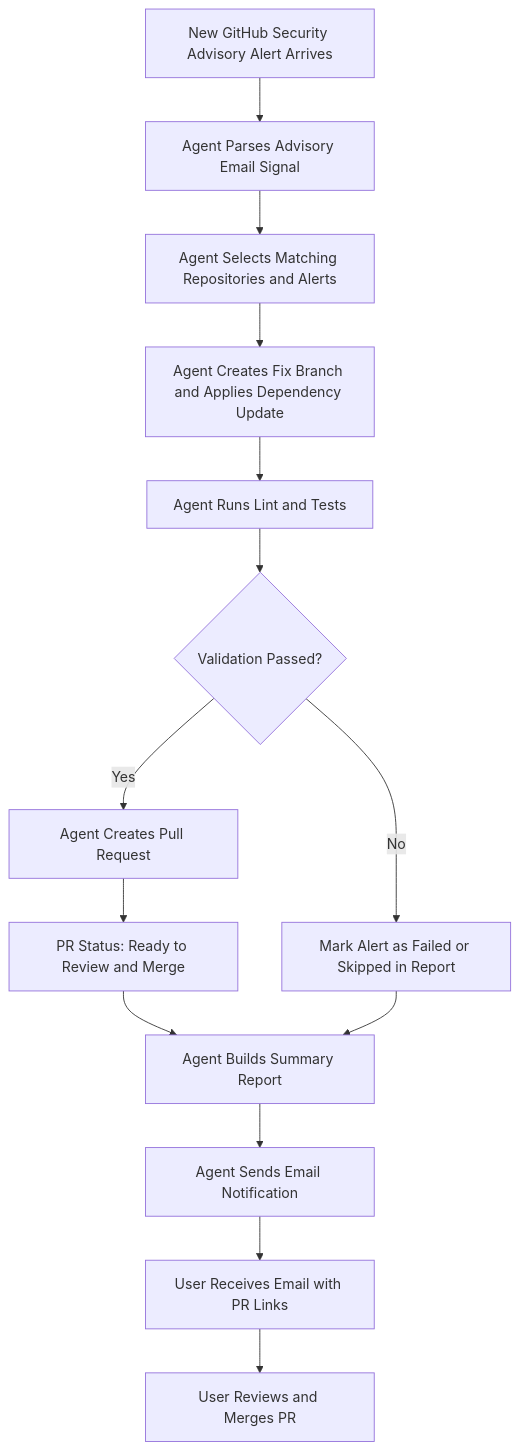
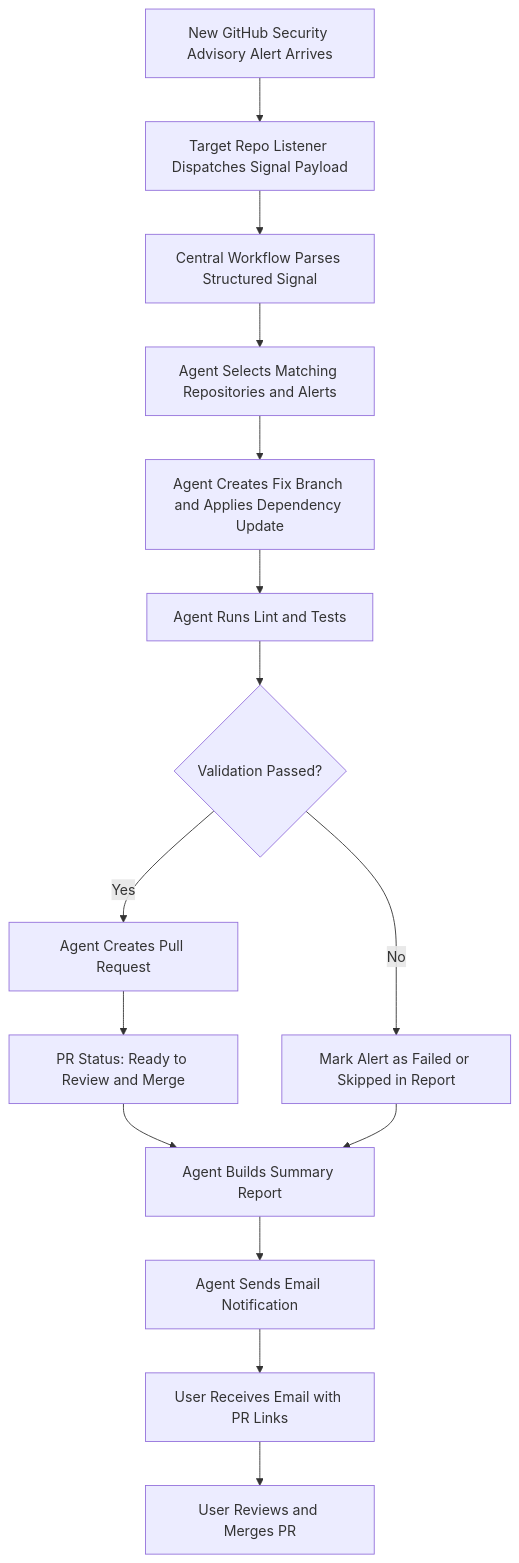
The first of 3 diagrams in .github/docs/ARCHITECTURE.md (reyesrico/github-vuln-pr-agent), drawn with Mermaid before and after one commit. The commit also changed other lines of this file and 13 other files, not shown here.

Commit message:
feat: add per-repo vulnerability listener dispatch flow

````diff
--- a/.github/docs/ARCHITECTURE.md
+++ b/.github/docs/ARCHITECTURE.md
@@ -42,16 +44,17 @@
 ```mermaid
 flowchart TD
-	A[New GitHub Security Advisory Alert Arrives] --> B[Agent Parses Advisory Email Signal]
-	B --> C[Agent Selects Matching Repositories and Alerts]
-	C --> D[Agent Creates Fix Branch and Applies Dependency Update]
-	D --> E[Agent Runs Lint and Tests]
-	E --> F{Validation Passed?}
-	F -- No --> G[Mark Alert as Failed or Skipped in Report]
-	F -- Yes --> H[Agent Creates Pull Request]
-	H --> I[PR Status: Ready to Review and Merge]
-	I --> J[Agent Builds Summary Report]
-	G --> J
-	J --> K[Agent Sends Email Notification]
-	K --> L[User Receives Email with PR Links]
-	L --> M[User Reviews and Merges PR]
+	A[New GitHub Security Advisory Alert Arrives] --> B[Target Repo Listener Dispatches Signal Payload]
+	B --> C[Central Workflow Parses Structured Signal]
+	C --> D[Agent Selects Matching Repositories and Alerts]
+	D --> E[Agent Creates Fix Branch and Applies Dependency Update]
+	E --> F[Agent Runs Lint and Tests]
+	F --> G{Validation Passed?}
+	G -- No --> H[Mark Alert as Failed or Skipped in Report]
+	G -- Yes --> I[Agent Creates Pull Request]
+	I --> J[PR Status: Ready to Review and Merge]
+	J --> K[Agent Builds Summary Report]
+	H --> K
+	K --> L[Agent Sends Email Notification]
+	L --> M[User Receives Email with PR Links]
+	M --> N[User Reviews and Merges PR]
 ```
````
